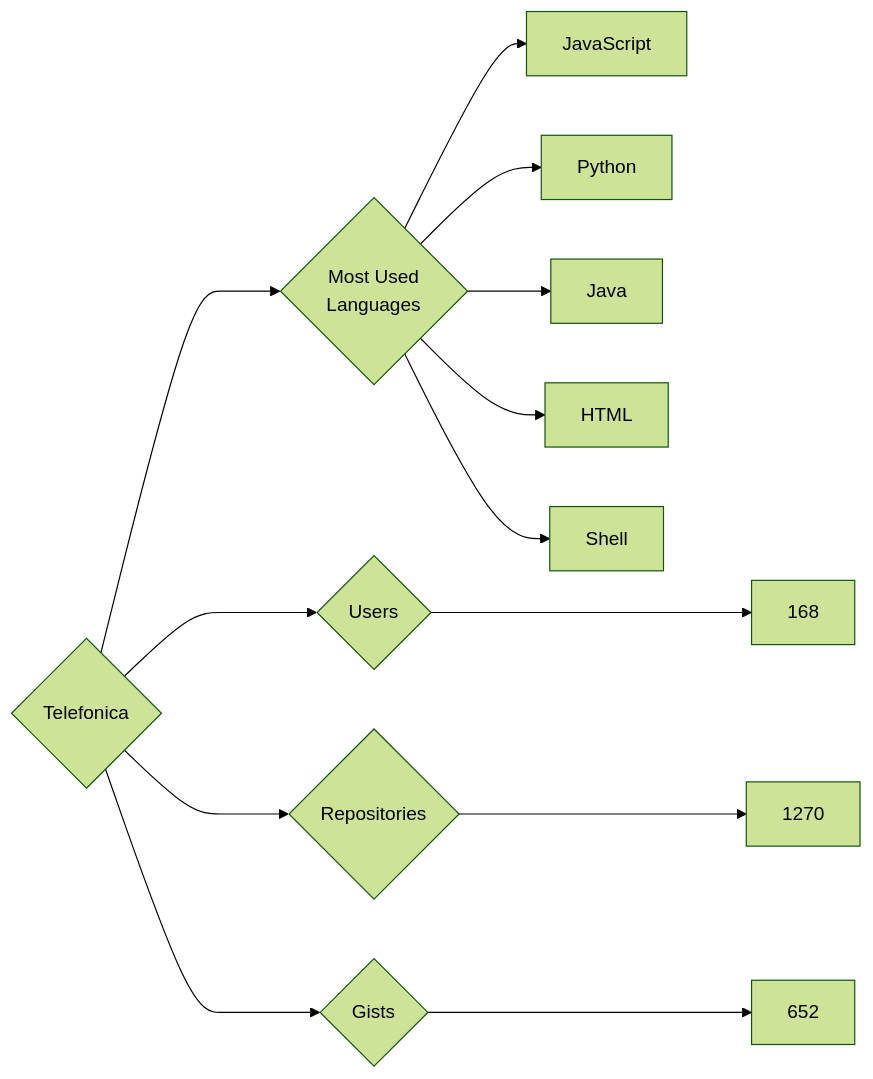
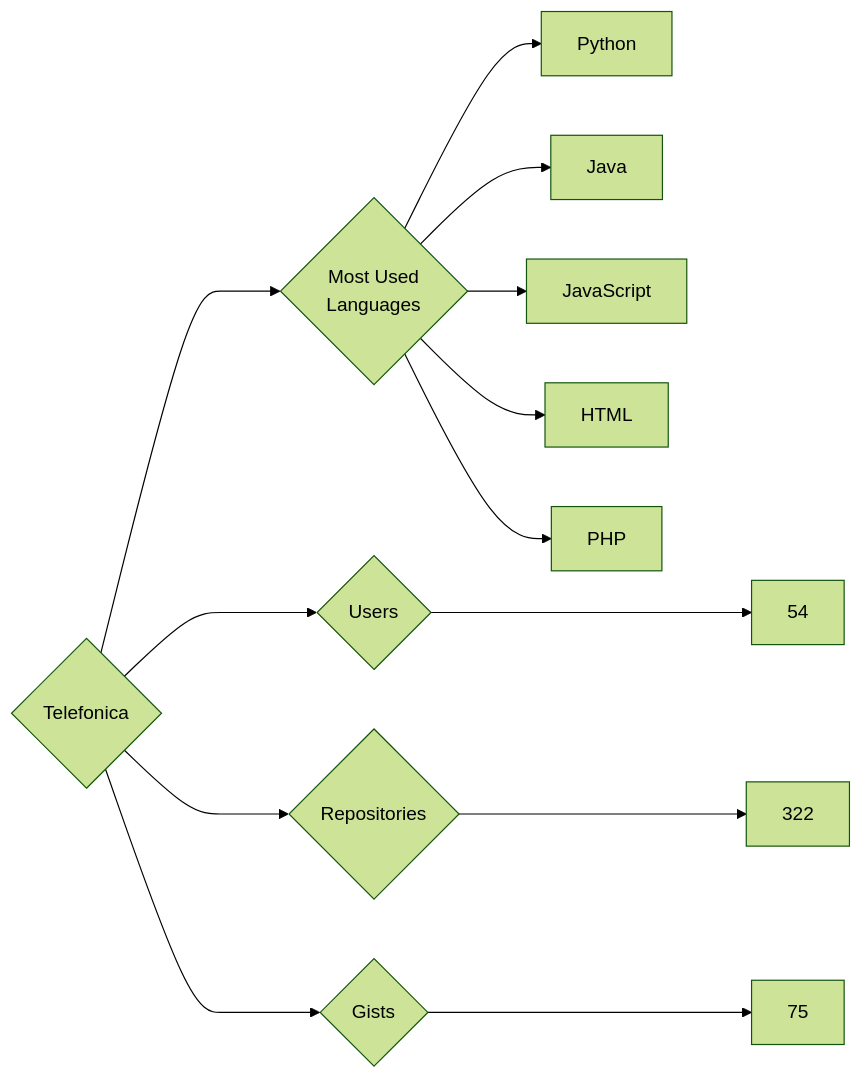
Before and after one commit to trickest/insiders: the diagram in targets/Telefonica/README.md, drawn with Mermaid (forest theme). The commit also changed 444 other files, not shown here.

````diff
--- a/targets/Telefonica/README.md
+++ b/targets/Telefonica/README.md
@@ -3,13 +3,13 @@
 ```mermaid
 graph LR
 COMPANY_NAME{Telefonica}
-COMPANY_NAME ---> U{Users} ---> UN[168]
-COMPANY_NAME ---> R{Repositories} ---> RN[1270]
-COMPANY_NAME ---> G{Gists} ---> GN[652]
+COMPANY_NAME ---> U{Users} ---> UN[54]
+COMPANY_NAME ---> R{Repositories} ---> RN[322]
+COMPANY_NAME ---> G{Gists} ---> GN[75]
 COMPANY_NAME ---> ML{Most Used<br>Languages}
-ML --> JavaScript[JavaScript]
 ML --> Python[Python]
 ML --> Java[Java]
+ML --> JavaScript[JavaScript]
 ML --> HTML[HTML]
-ML --> Shell[Shell]
+ML --> PHP[PHP]
 ```
````
